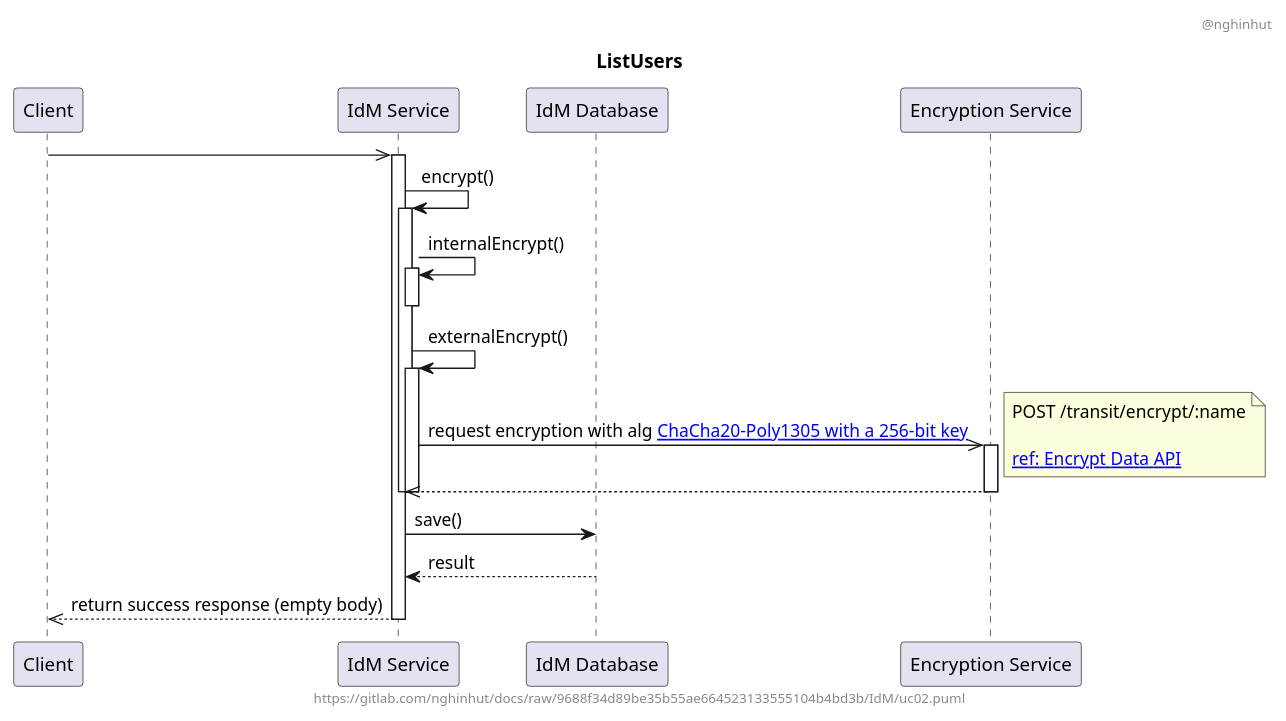
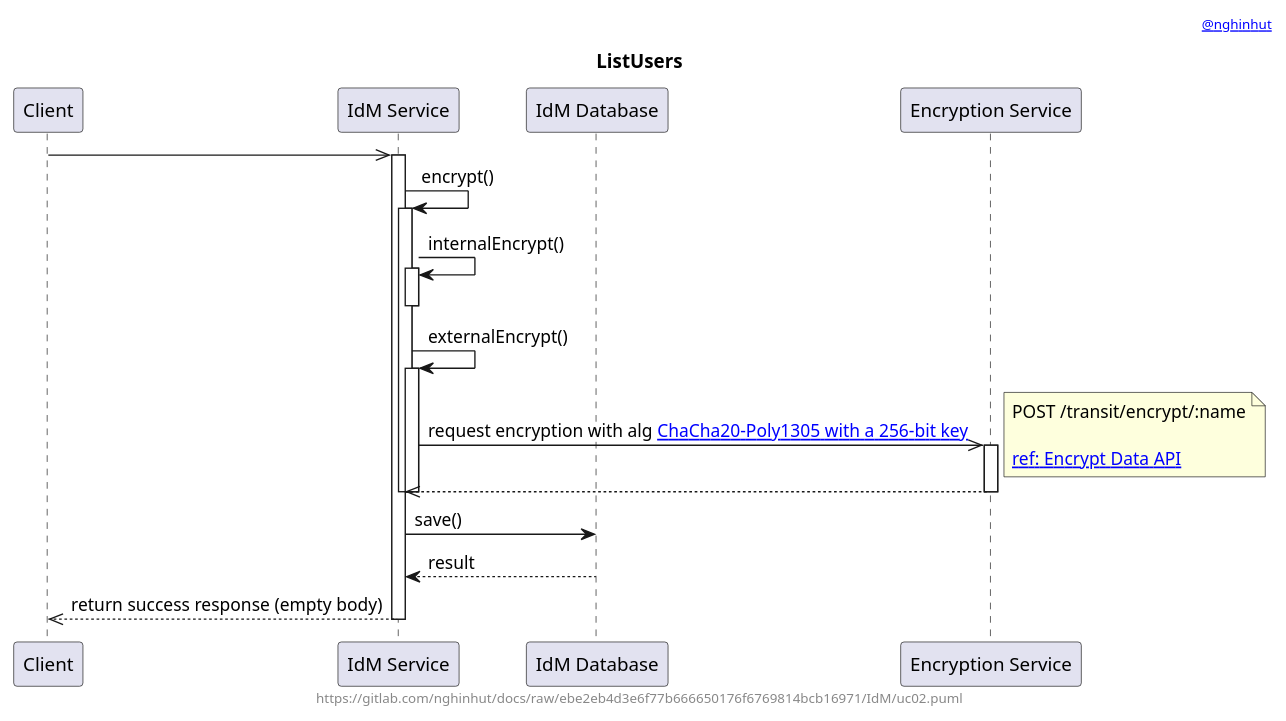
The diagram in IdM/uc02.sequence.puml (nghinhut/docs), drawn with PlantUML before and after one commit. The commit also changed 18 other files, not shown here.

Commit message:
Update diagrams

```diff
--- a/IdM/uc02.sequence.puml
+++ b/IdM/uc02.sequence.puml
@@ -1,43 +1,43 @@
 @startuml
 '-----START auto generated metadata please keep comment here to allow auto update-----
 '-----DON'T EDIT THIS SECTION, INSTEAD RE-RUN prebuild.sh TO UPDATE-----
-header @nghinhut
-footer https://gitlab.com/nghinhut/docs/raw/9688f34d89be35b55ae664523133555104b4bd3b/IdM/uc02.puml
+header [[mailto:nghinhut@gmail.com @nghinhut]]
+footer https://gitlab.com/nghinhut/docs/raw/ebe2eb4d3e6f77b666650176f6769814bcb16971/IdM/uc02.puml
 '-----END auto generated metadata please keep comment here to allow auto update-----
 title ListUsers
 
 participant "Client" as client
 participant "IdM Service" as idm
 participant "IdM Database" as db
 participant "Encryption Service" as es
 
 client ->> idm
 activate idm
 
 idm -> idm : encrypt()
 activate idm
 idm -> idm : internalEncrypt()
 activate idm
 deactivate idm
 
 idm -> idm : externalEncrypt()
 activate idm
 idm ->> es : request encryption with alg [[https://www.vaultproject.io/docs/secrets/transit/index.html#chacha20-poly1305 ChaCha20-Poly1305 with a 256-bit key]]
 note right
     POST /transit/encrypt/:name
 
     [[https://www.vaultproject.io/api/secret/transit/index.html#encrypt-data ref: Encrypt Data API]]
 end note
 activate es
 idm <<-- es
 deactivate es
 deactivate idm
 deactivate idm
 
 idm -> db : save()
 idm <-- db : result
 
 client <<-- idm : return success response (empty body)
 deactivate idm
 
 @enduml
```
